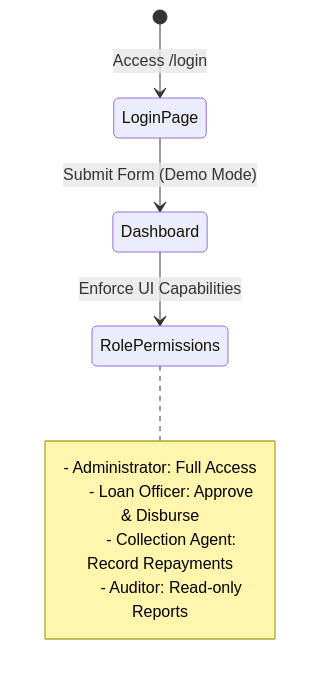
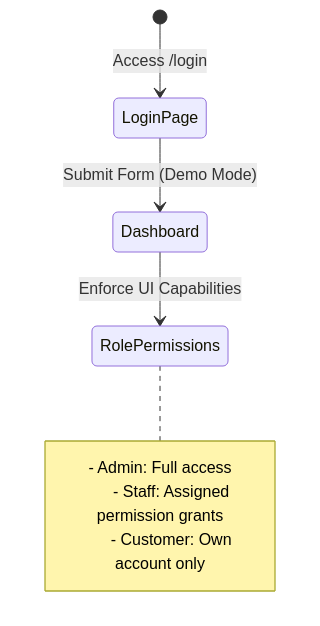
Before and after one commit to Perfect-Solution-International/Loan-management-system: the fourth of 5 diagrams in README.md, drawn with Mermaid. The commit also changed other lines of this file and 24 other files, not shown here.

````diff
--- a/README.md
+++ b/README.md
@@ -672,12 +672,11 @@
 ```mermaid
 stateDiagram-v2
     [*] --> LoginPage : Access /login
     LoginPage --> Dashboard : Submit Form (Demo Mode)
     Dashboard --> RolePermissions : Enforce UI Capabilities
     note right of RolePermissions
-      - Administrator: Full Access
-      - Loan Officer: Approve & Disburse
-      - Collection Agent: Record Repayments
-      - Auditor: Read-only Reports
+      - Admin: Full access
+      - Staff: Assigned permission grants
+      - Customer: Own account only
     end note
 ```
````
